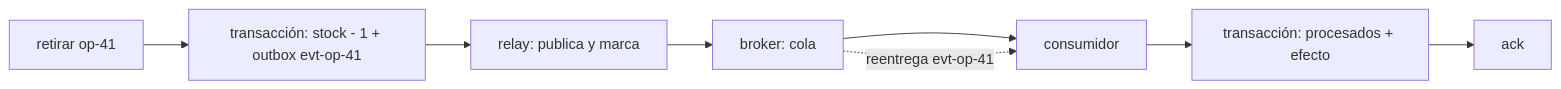
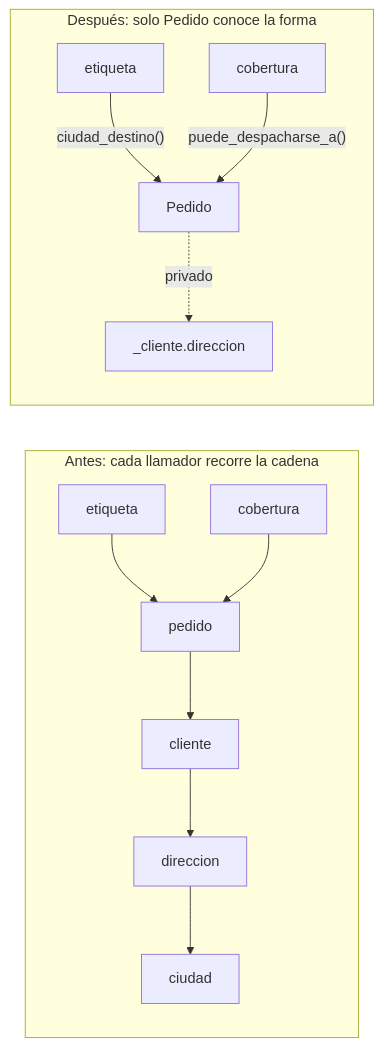
The third of 4 diagrams in web/public/content/foundations/modulo-10.md (NICORUIZ93/The_Imperial_Book), drawn with Mermaid before and after one commit. The commit also changed other lines of this file and 305 other files, not shown here.

````diff
--- a/web/public/content/foundations/modulo-10.md
+++ b/web/public/content/foundations/modulo-10.md
@@ -863,10 +1028,12 @@
 ```mermaid
 flowchart LR
-    CMD["retirar op-41"] --> TX["transacción: stock - 1 + outbox evt-op-41"]
-    TX --> RELAY["relay: publica y marca"]
-    RELAY --> BROKER["broker: cola"]
-    BROKER --> CONSUMER["consumidor"]
-    BROKER -. "reentrega evt-op-41" .-> CONSUMER
-    CONSUMER --> DEDUPE["transacción: procesados + efecto"]
-    DEDUPE --> ACK["ack"]
+    subgraph antes["Antes: cada llamador recorre la cadena"]
+        E1["etiqueta"] --> PA["pedido"] --> CA["cliente"] --> DA["direccion"] --> CI["ciudad"]
+        R1["cobertura"] --> PA
+    end
+    subgraph despues["Después: solo Pedido conoce la forma"]
+        E2["etiqueta"] -- "ciudad_destino()" --> PD["Pedido"]
+        R2["cobertura"] -- "puede_despacharse_a()" --> PD
+        PD -. "privado" .-> CD["_cliente.direccion"]
+    end
 ```
````
